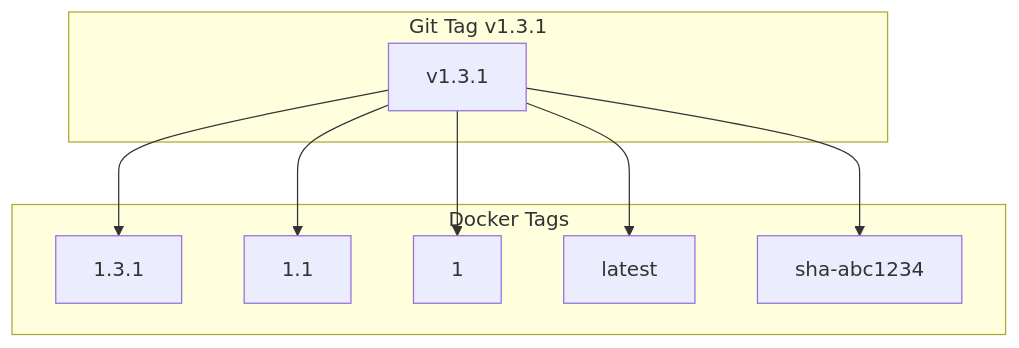
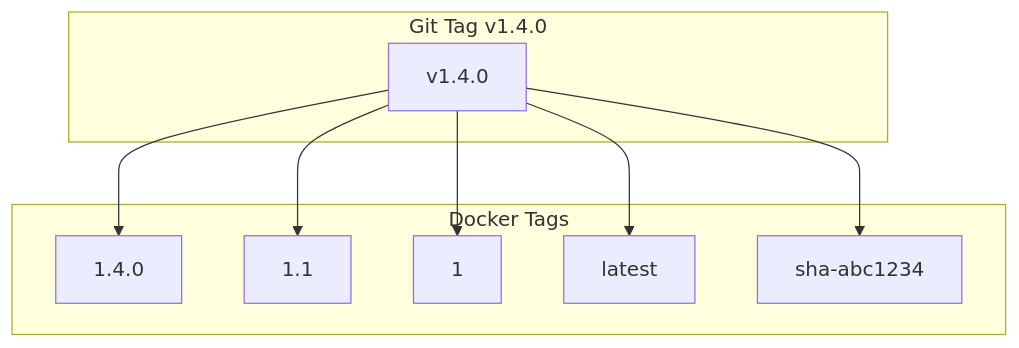
One commit to telemetryflow/telemetryflow-collector changed the seventh of 13 diagrams in docs/GITHUB-WORKFLOWS.md. Above: the diagram before and after it, drawn with Mermaid. The commit also changed other lines of this file and 5 other files, not shown here.

````diff
--- a/docs/GITHUB-WORKFLOWS.md
+++ b/docs/GITHUB-WORKFLOWS.md
@@ -260,20 +260,20 @@
 ```mermaid
 flowchart TD
-    subgraph "Git Tag v1.3.1"
-        GT[v1.3.1]
+    subgraph "Git Tag v1.4.0"
+        GT[v1.4.0]
     end
 
     subgraph "Docker Tags"
-        T1[1.3.1]
+        T1[1.4.0]
         T2[1.1]
         T3[1]
         T4[latest]
         T5[sha-abc1234]
     end
 
     GT --> T1
     GT --> T2
     GT --> T3
     GT --> T4
     GT --> T5
 ```
````
